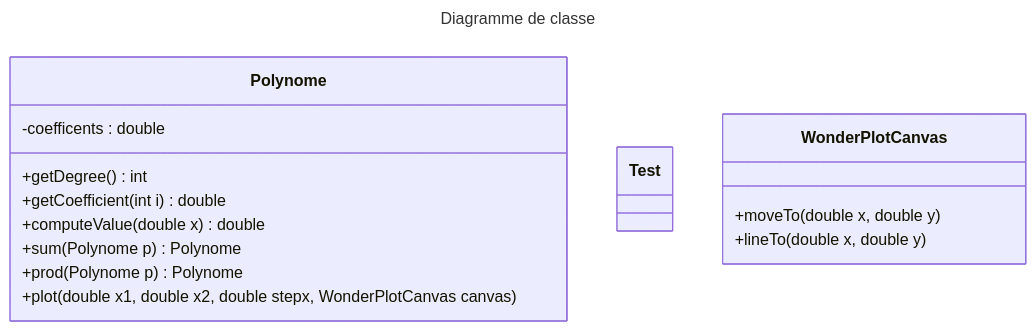
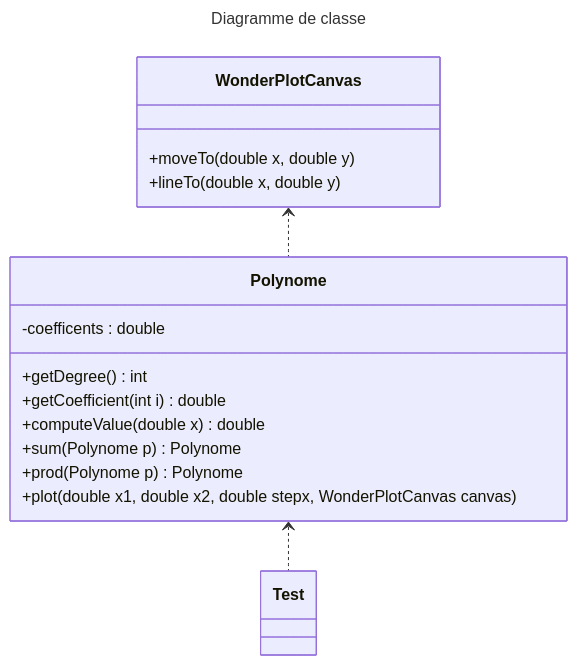
Before and after one commit to IzalalaCoder/Software-Architecture: the sixth of 6 diagrams in TP1/README.md, drawn with Mermaid. The commit also changed other lines of this file, not shown here.

````diff
--- a/TP1/README.md
+++ b/TP1/README.md
@@ -143,22 +143,24 @@
 ```mermaid
 ---
 title: Diagramme de classe
 ---
 classDiagram
+    Polynome  <.. Test
+    WonderPlotCanvas  <.. Polynome
     class Polynome {
         +getDegree() int
         +getCoefficient(int i) double
         +computeValue(double x) double
         +sum(Polynome p) Polynome
         +prod(Polynome p) Polynome
         +plot(double x1, double x2, double stepx, WonderPlotCanvas canvas)
         -coefficents : double
     }
 
    class Test
 
    class WonderPlotCanvas {
       +moveTo(double x, double y)
       +lineTo(double x, double y)
    }
 ```
````
